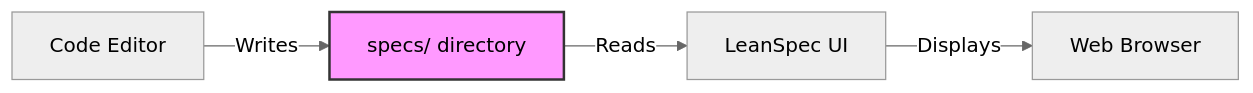
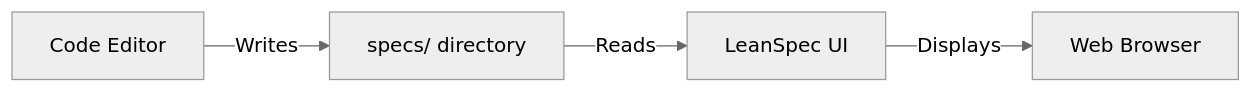
One commit to codervisor/lean-spec-docs changed the third of 3 diagrams in docs/guide/visual-mode.mdx. Above: the diagram before and after it, drawn with Mermaid (neutral theme). The commit also changed other lines of this file and 12 other files, not shown here.

Commit message:
Enhance Visual Mode documentation with images and additional sections on search functionality and architecture overview

````diff
--- a/docs/guide/visual-mode.mdx
+++ b/docs/guide/visual-mode.mdx
@@ -140,8 +188,6 @@
 ```mermaid
 graph LR
     Editor[Code Editor] -->|Writes| Disk[specs/ directory]
     Disk -->|Reads| UI[LeanSpec UI]
     UI -->|Displays| Browser[Web Browser]
-    
-    style Disk fill:#f9f,stroke:#333,stroke-width:2px
 ```
````
